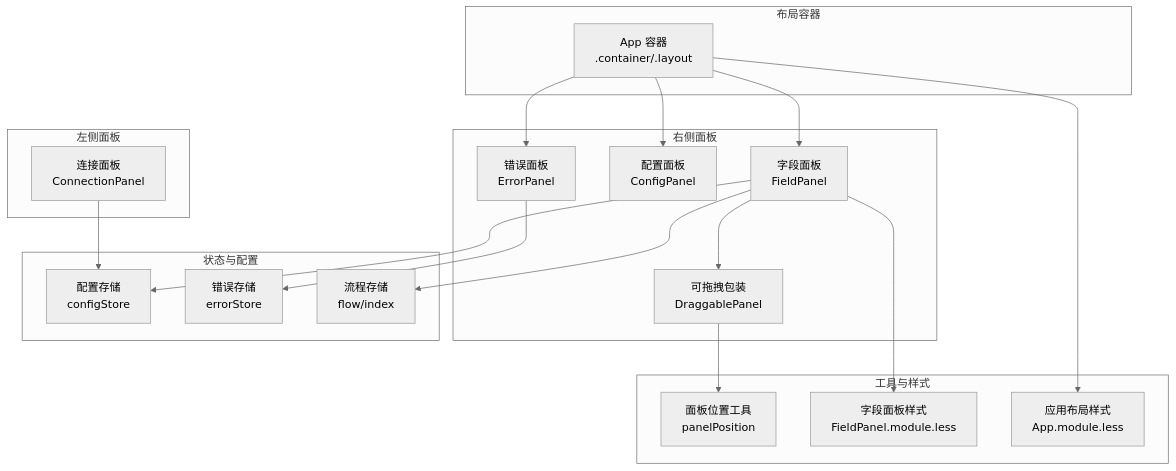
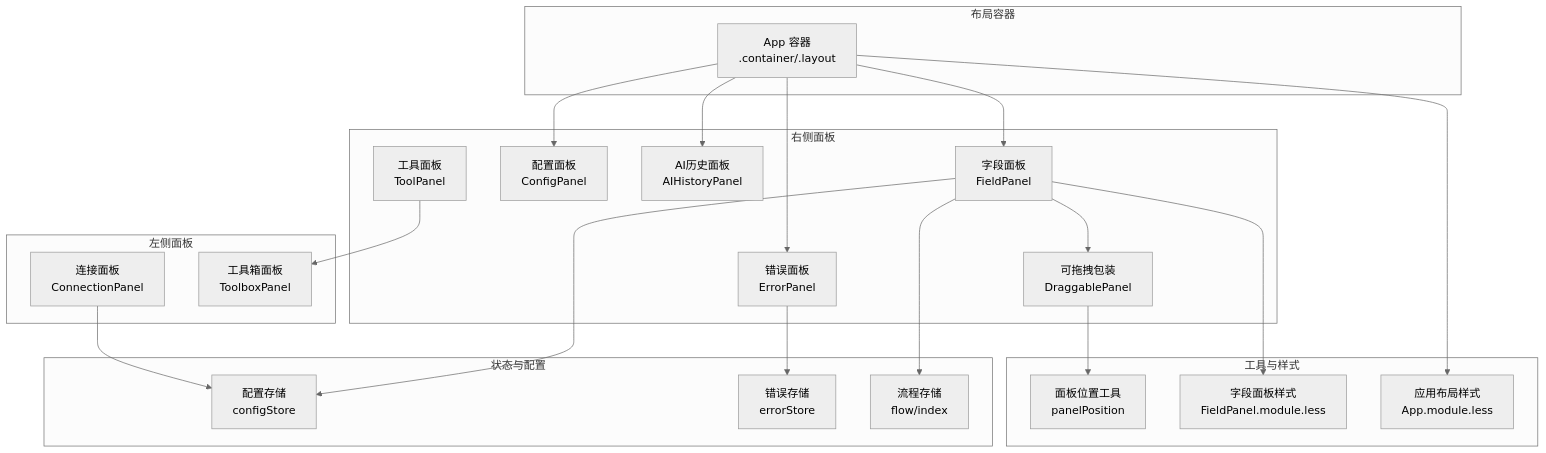
One commit to kqcoxn/MaaPipelineEditor changed the first of 10 diagrams in .qoder/repowiki/zh/content/用户界面/面板系统/面板系统.md. Above: the diagram before and after it, drawn with Mermaid (neutral theme). The commit also changed other lines of this file and 17 other files, not shown here.

````diff
--- a/.qoder/repowiki/zh/content/用户界面/面板系统/面板系统.md
+++ b/.qoder/repowiki/zh/content/用户界面/面板系统/面板系统.md
@@ -50,36 +63,41 @@
 ```mermaid
 graph TB
 subgraph "布局容器"
 APP["App 容器<br/>.container/.layout"]
 end
 subgraph "右侧面板"
 FP["字段面板<br/>FieldPanel"]
 CP["配置面板<br/>ConfigPanel"]
 EP["错误面板<br/>ErrorPanel"]
+AHP["AI历史面板<br/>AIHistoryPanel"]
 DP["可拖拽包装<br/>DraggablePanel"]
+TP["工具面板<br/>ToolPanel"]
 end
 subgraph "左侧面板"
 CONP["连接面板<br/>ConnectionPanel"]
+TB["工具箱面板<br/>ToolboxPanel"]
 end
 subgraph "状态与配置"
 CS["配置存储<br/>configStore"]
 ES["错误存储<br/>errorStore"]
 FS["流程存储<br/>flow/index"]
 end
 subgraph "工具与样式"
 PP["面板位置工具<br/>panelPosition"]
 FPM["字段面板样式<br/>FieldPanel.module.less"]
 AP["应用布局样式<br/>App.module.less"]
 end
 APP --> FP
 APP --> CP
 APP --> EP
+APP --> AHP
 FP --> DP
 CONP --> CS
 FP --> CS
 EP --> ES
 FP --> FS
 DP --> PP
 FP --> FPM
 APP --> AP
+TP --> TB
 ```
````
